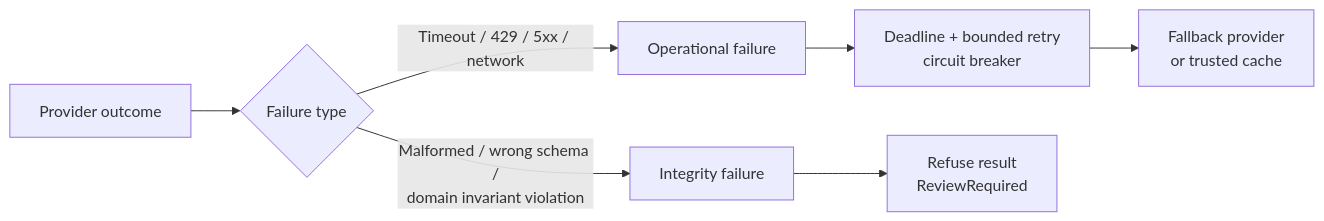
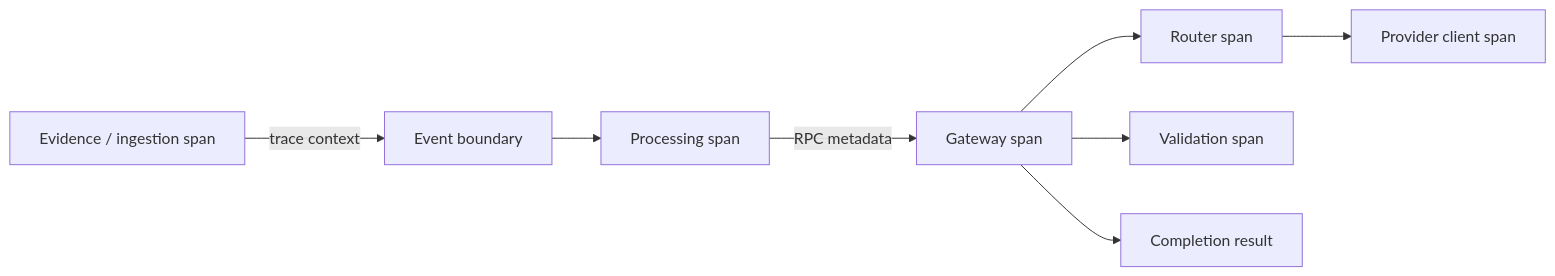
One commit to Tanmoy095/Logiflow-platform changed the seventh of 9 diagrams in README.md. Above: the diagram before and after it, drawn with Mermaid. The commit also changed other lines of this file and 3 other files, not shown here.

First line of the commit message:
docs(llm-gateway): consolidate and update architecture documentation

````diff
--- a/README.md
+++ b/README.md
@@ -165,9 +603,11 @@
 ```mermaid
 flowchart LR
-	failure[Provider outcome] --> classify{Failure type}
-	classify -->|Timeout / 429 / 5xx / network| operational[Operational failure]
-	operational --> control[Deadline + bounded retry\ncircuit breaker]
-	control --> fallback[Fallback provider\nor trusted cache]
-	classify -->|Malformed / wrong schema /\ndomain invariant violation| integrity[Integrity failure]
-	integrity --> refuse[Refuse result\nReviewRequired]
+    ingestion[Evidence / ingestion span]
+      -->|trace context| eventBus[Event boundary]
+    eventBus --> processing[Processing span]
+    processing -->|RPC metadata| gateway[Gateway span]
+    gateway --> router[Router span]
+    router --> provider[Provider client span]
+    gateway --> validation[Validation span]
+    gateway --> result[Completion result]
 ```
````
